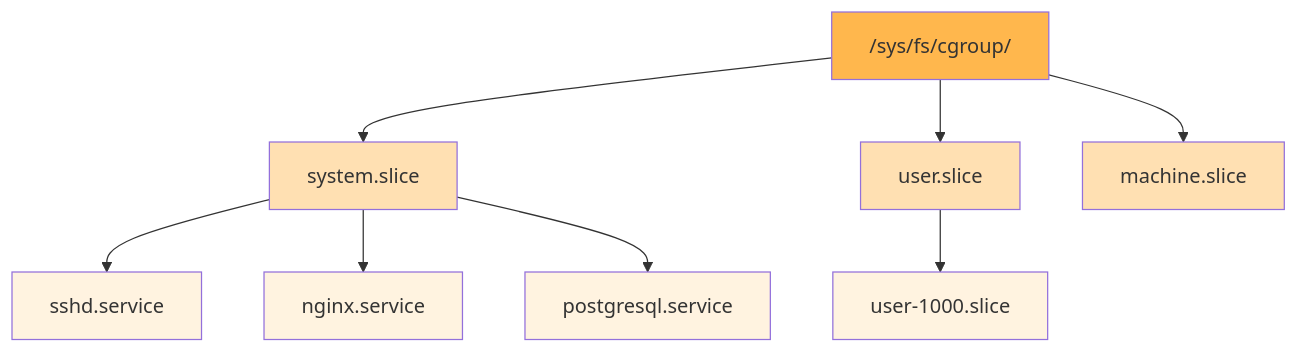
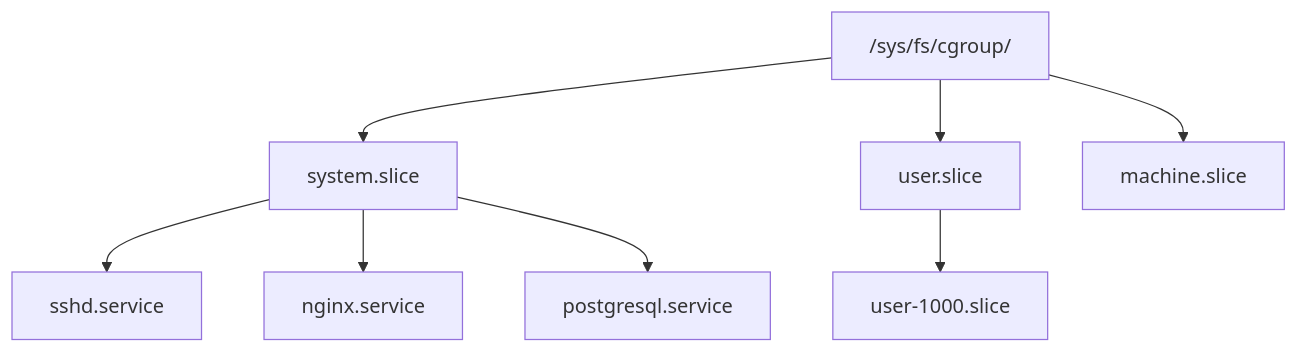
One commit to vignemail1/systemd-doc changed the third of 4 diagrams in docs/introduction/architecture.md. Above: the diagram before and after it, drawn with Mermaid. The commit also changed other lines of this file and 2 other files, not shown here.

Commit message:
fix: mermaid font color and admonition networkctl

````diff
--- a/docs/introduction/architecture.md
+++ b/docs/introduction/architecture.md
@@ -208,32 +208,32 @@
 ```mermaid
 graph TB
     root["/sys/fs/cgroup/"]
     system["system.slice"]
     user["user.slice"]
     machine["machine.slice"]
     
     sshd["sshd.service"]
     nginx["nginx.service"]
     postgres["postgresql.service"]
     
     user1000["user-1000.slice"]
     
     root --> system
     root --> user
     root --> machine
     
     system --> sshd
     system --> nginx
     system --> postgres
     
     user --> user1000
     
-    style root fill:#FFB74D
-    style system fill:#FFE0B2
-    style user fill:#FFE0B2
-    style machine fill:#FFE0B2
-    style sshd fill:#FFF3E0
-    style nginx fill:#FFF3E0
-    style postgres fill:#FFF3E0
-    style user1000 fill:#FFF3E0
+    style root fill:#FFB74D color:#1b1b1b
+    style system fill:#FFE0B2 color:#1b1b1b
+    style user fill:#FFE0B2 color:#1b1b1b
+    style machine fill:#FFE0B2 color:#1b1b1b
+    style sshd fill:#FFF3E0 color:#1b1b1b
+    style nginx fill:#FFF3E0 color:#1b1b1b
+    style postgres fill:#FFF3E0 color:#1b1b1b
+    style user1000 fill:#FFF3E0 color:#1b1b1b
 ```
````
